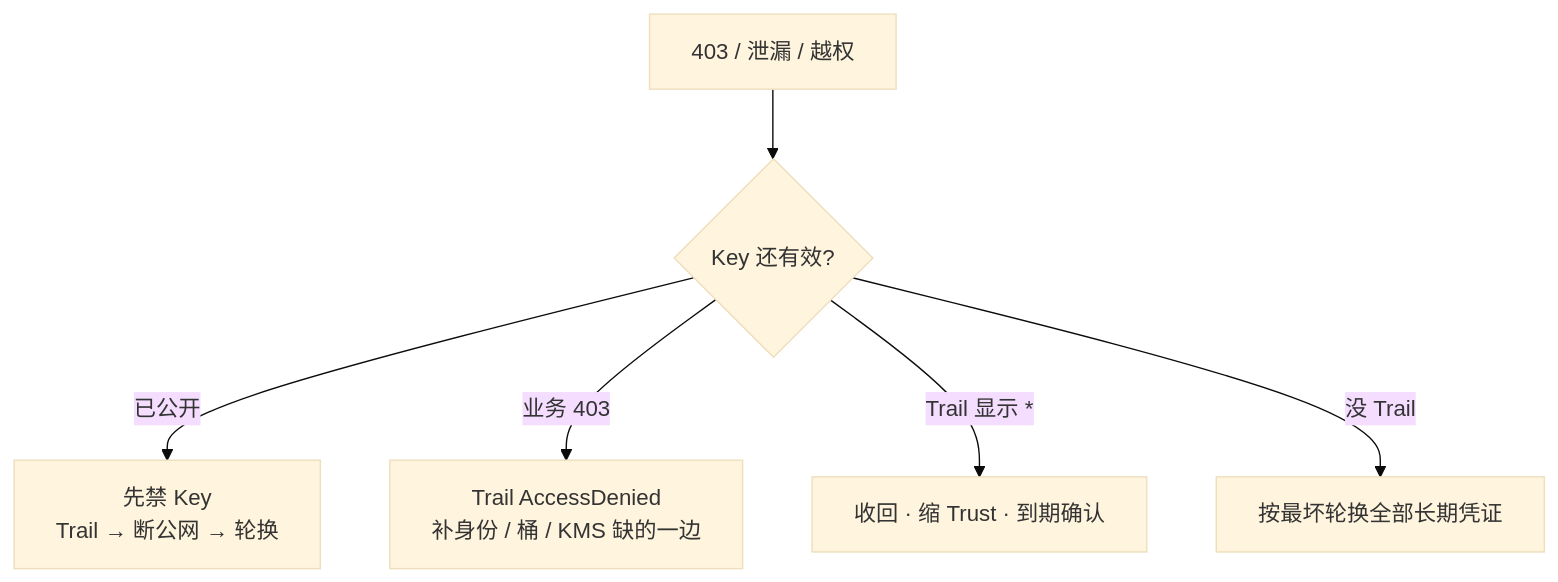
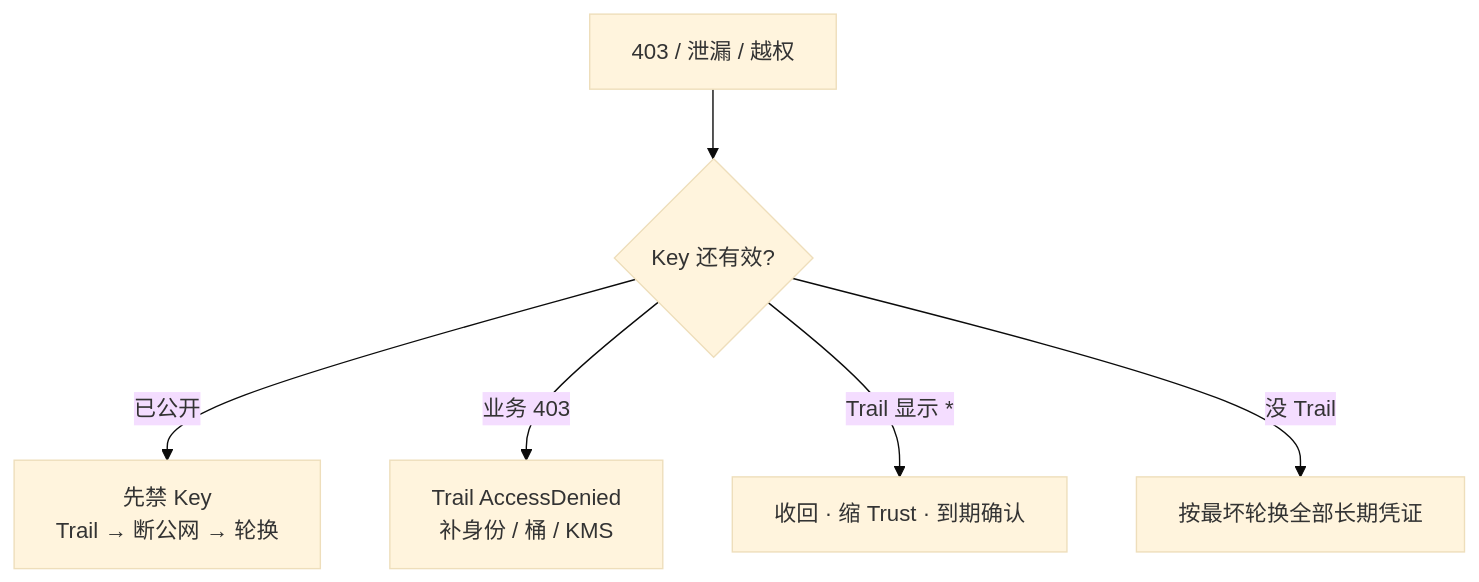
Before and after one commit to ml-cuizijun/LearnToLilith: the sixth of 6 diagrams in 06-云平台/04-IAM与多账号/知识点.md, drawn with Mermaid (base theme). The commit also changed other lines of this file and 178 other files, not shown here.

````diff
--- a/06-云平台/04-IAM与多账号/知识点.md
+++ b/06-云平台/04-IAM与多账号/知识点.md
@@ -435,8 +374,8 @@
 ```mermaid
 flowchart TB
     A["403 / 泄漏 / 越权"] --> B{"Key 还有效?"}
     B -->|"已公开"| C["先禁 Key<br/>Trail → 断公网 → 轮换"]
-    B -->|"业务 403"| D["Trail AccessDenied<br/>补身份 / 桶 / KMS 缺的一边"]
+    B -->|"业务 403"| D["Trail AccessDenied<br/>补身份 / 桶 / KMS"]
     B -->|"Trail 显示 *"| E["收回 · 缩 Trust · 到期确认"]
     B -->|"没 Trail"| F["按最坏轮换全部长期凭证"]
 ```
````
